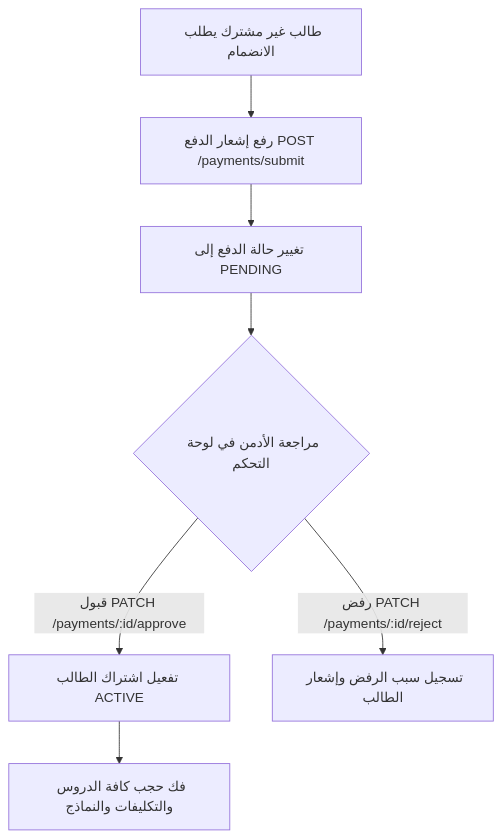
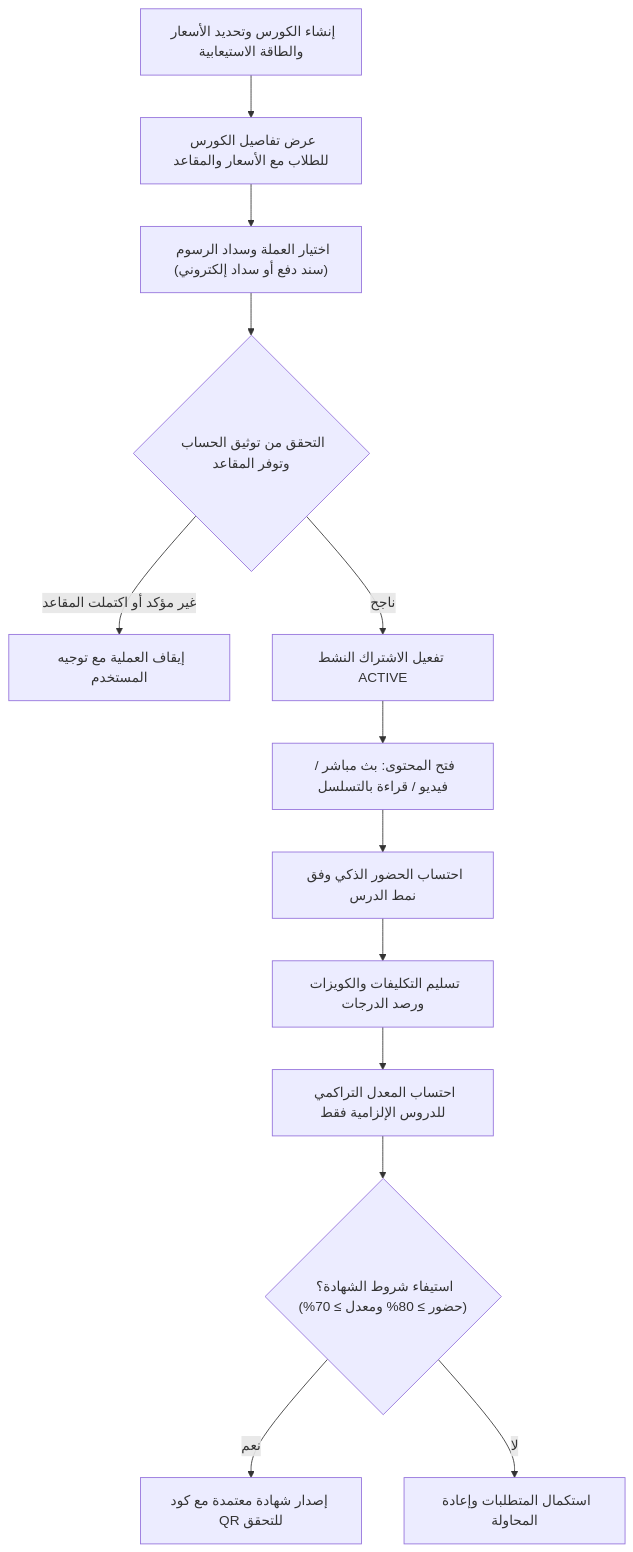
Before and after one commit to ALGONAID-Platform/algonaid-api: the diagram in docs/PAID_COURSES_SYSTEM_SPEC.md, drawn with Mermaid. The commit also changed other lines of this file, not shown here.

````diff
--- a/docs/PAID_COURSES_SYSTEM_SPEC.md
+++ b/docs/PAID_COURSES_SYSTEM_SPEC.md
@@ -67,9 +30,15 @@
 ```mermaid
 flowchart TD
-    A["طالب غير مشترك يطلب الانضمام"] --> B["رفع إشعار الدفع POST /payments/submit"]
-    B --> C["تغيير حالة الدفع إلى PENDING"]
-    C --> D{"مراجعة الأدمن في لوحة التحكم"}
-    D -- "قبول PATCH /payments/:id/approve" --> E["تفعيل اشتراك الطالب ACTIVE"]
-    E --> F["فك حجب كافة الدروس والتكليفات والنماذج"]
-    D -- "رفض PATCH /payments/:id/reject" --> G["تسجيل سبب الرفض وإشعار الطالب"]
+    A["إنشاء الكورس وتحديد الأسعار والطاقة الاستيعابية"] --> B["عرض تفاصيل الكورس للطلاب مع الأسعار والمقاعد"]
+    B --> C["اختيار العملة وسداد الرسوم (سند دفع أو سداد إلكتروني)"]
+    C --> D{"التحقق من توثيق الحساب وتوفر المقاعد"}
+    D -- "غير مؤكد أو اكتملت المقاعد" --> E["إيقاف العملية مع توجيه المستخدم"]
+    D -- "ناجح" --> F["تفعيل الاشتراك النشط ACTIVE"]
+    F --> G["فتح المحتوى: بث مباشر / فيديو / قراءة بالتسلسل"]
+    G --> H["احتساب الحضور الذكي وفق نمط الدرس"]
+    H --> I["تسليم التكليفات والكويزات ورصد الدرجات"]
+    I --> J["احتساب المعدل التراكمي للدروس الإلزامية فقط"]
+    J --> K{"استيفاء شروط الشهادة؟ (حضور ≥ 80% ومعدل ≥ 70%)"}
+    K -- "نعم" --> L["إصدار شهادة معتمدة مع كود QR للتحقق"]
+    K -- "لا" --> M["استكمال المتطلبات وإعادة المحاولة"]
 ```
````
